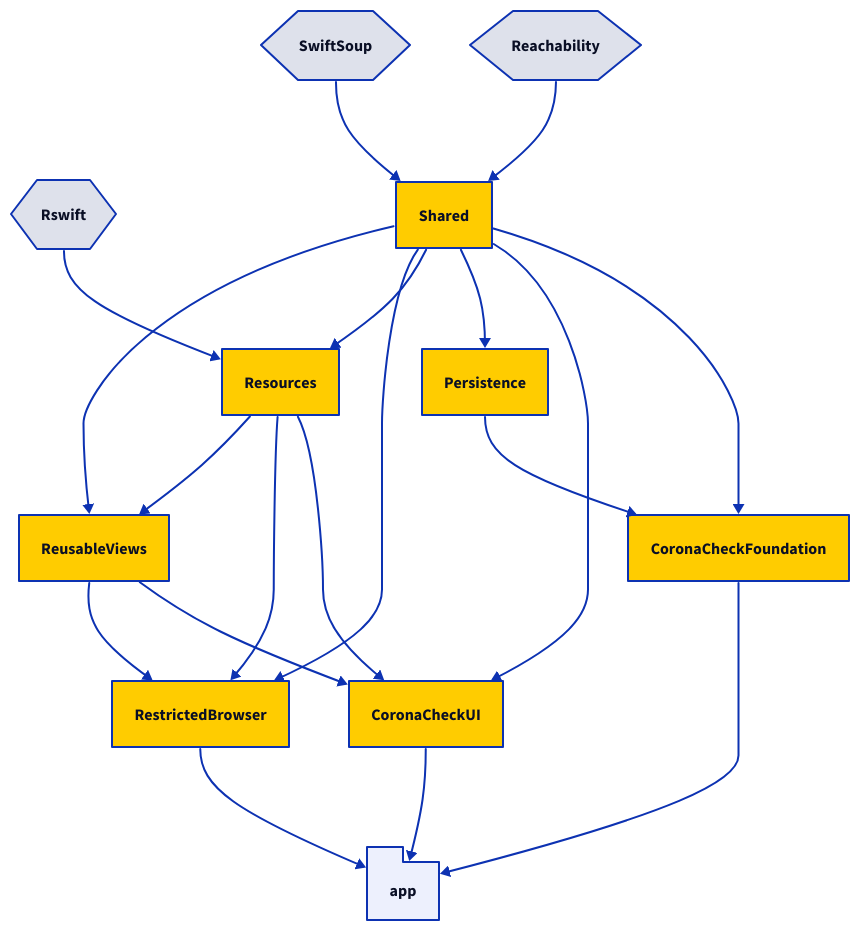
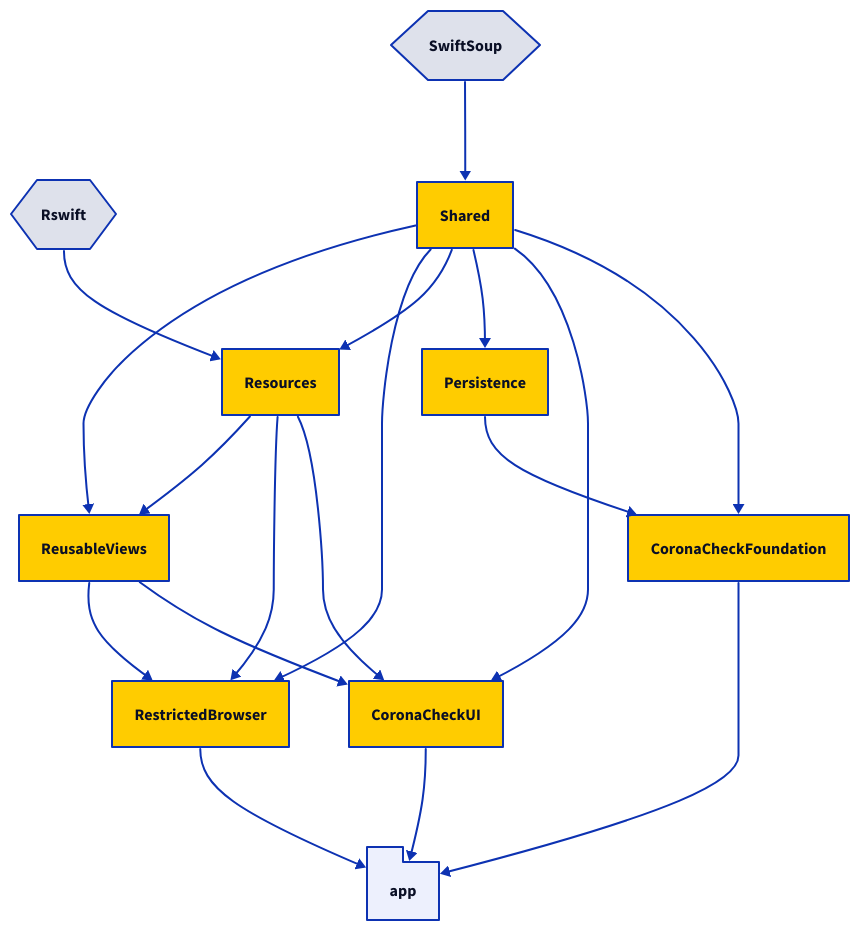
The diagram in Diagrams/packages-withouttests.d2 (minvws/nl-covid19-coronacheck-app-ios), drawn with D2 before and after one commit. The commit also changed 4 other files, not shown here.

```diff
--- a/Diagrams/packages-withouttests.d2
+++ b/Diagrams/packages-withouttests.d2
@@ -1,53 +1,49 @@
 direction: down
 
 # Third-Party
 Rswift: {
-  shape: hexagon
-}
-Reachability: {
   shape: hexagon
 }
 SwiftSoup: {
   shape: hexagon
 }
 
 # The application
 
 app: {
   shape: package
 }
 
 app <- CoronaCheckFoundation
 app <- CoronaCheckUI
 app <- RestrictedBrowser
 
 # - Packages - 
 
 CoronaCheckFoundation { style.fill: "#ffcc00" }
 CoronaCheckFoundation <- Persistence
 CoronaCheckFoundation <- Shared
 
 CoronaCheckUI { style.fill: "#ffcc00" }
 CoronaCheckUI <- Resources
 CoronaCheckUI <- ReusableViews
 CoronaCheckUI <- Shared
 
 Persistence { style.fill: "#ffcc00" }
 Persistence <- Shared
 
 Resources { style.fill: "#ffcc00" }
 Resources <- Shared
 Resources <- Rswift
 
 RestrictedBrowser { style.fill: "#ffcc00" }
 RestrictedBrowser <- Shared
 RestrictedBrowser <- Resources
 RestrictedBrowser <- ReusableViews
 
 ReusableViews { style.fill: "#ffcc00" }
 ReusableViews <- Shared
 ReusableViews <- Resources
 
 Shared { style.fill: "#ffcc00" }
-Shared <- Reachability
 Shared <- SwiftSoup
```
